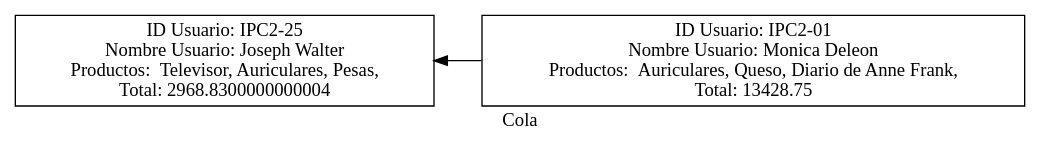
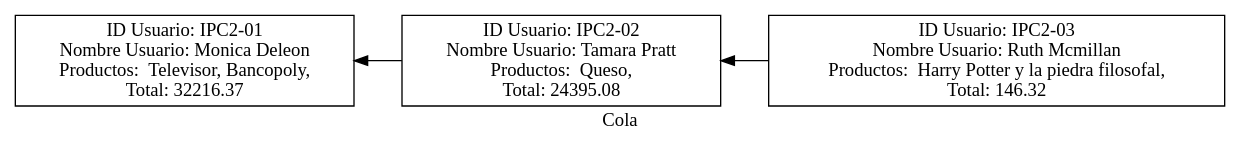
One commit to 202300512DanielH/IPC2_ProyectoVJ2024_21 changed the diagram in Proyecto1/src/Reportes/ColaSolicitudesCompra.dot. Above: the diagram before and after it, drawn with Graphviz. The commit also changed 166 other files, not shown here.

```diff
--- a/Proyecto1/src/Reportes/ColaSolicitudesCompra.dot
+++ b/Proyecto1/src/Reportes/ColaSolicitudesCompra.dot
@@ -1,10 +1,12 @@
 digraph G {
     rankdir="RL";
     label="Cola";
     node[shape=box];
-Nodo0 [label="ID Usuario: IPC2-25\nNombre Usuario: Joseph Walter\nProductos:  Televisor, Auriculares, Pesas, \nTotal: 2968.8300000000004"];
-Nodo1 [label="ID Usuario: IPC2-01\nNombre Usuario: Monica Deleon\nProductos:  Auriculares, Queso, Diario de Anne Frank, \nTotal: 13428.75"];
+Nodo0 [label="ID Usuario: IPC2-01\nNombre Usuario: Monica Deleon\nProductos:  Televisor, Bancopoly, \nTotal: 32216.37"];
+Nodo1 [label="ID Usuario: IPC2-02\nNombre Usuario: Tamara Pratt\nProductos:  Queso, \nTotal: 24395.08"];
+Nodo2 [label="ID Usuario: IPC2-03\nNombre Usuario: Ruth Mcmillan\nProductos:  Harry Potter y la piedra filosofal, \nTotal: 146.32"];
 
 Nodo1 -> Nodo0;
+Nodo2 -> Nodo1;
 
 }
```
